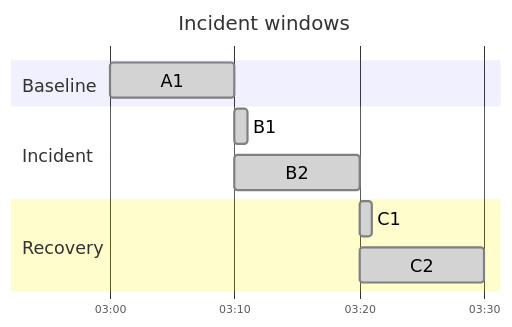
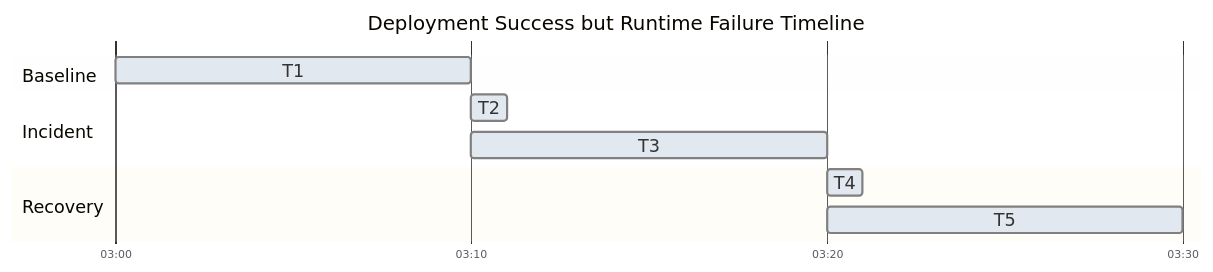
One commit to yeongseon/azure-functions-practical-guide changed the second of 5 diagrams in docs/troubleshooting/lab-guides/deployment-not-running.md. Above: the diagram before and after it, drawn with Mermaid. The commit also changed other lines of this file and 1 other file, not shown here.

First line of the commit message:
docs(diagrams): improve gantt text legibility in both palettes

````diff
--- a/docs/troubleshooting/lab-guides/deployment-not-running.md
+++ b/docs/troubleshooting/lab-guides/deployment-not-running.md
@@ -151,18 +151,18 @@
 ```mermaid
-%%{init: {'gantt': {'useWidth': 460, 'leftPadding': 90, 'rightPadding': 30, 'fontSize': 16, 'sectionFontSize': 16, 'barHeight': 32, 'barGap': 10, 'topPadding': 55}, 'themeCSS': '.grid .tick text { font-size: 16px !important; }'}}%%
+%%{init: {"gantt":{"fontSize":16,"sectionFontSize":16,"leftPadding":95,"rightPadding":35,"barHeight":24,"barGap":10},"theme":"base","themeVariables":{"doneTaskBkgColor":"#e2e8f0","critBkgColor":"#fed7aa","taskBkgColor":"#e2e8f0"},"themeCSS":".grid .tick text{font-size:16px;fill:var(--md-default-fg-color);} .section{opacity:0;} .titleText{font-size:14px;fill:var(--md-default-fg-color);} .sectionTitle{fill:var(--md-default-fg-color);} .taskTextOutsideLeft,.taskTextOutsideRight{fill:var(--md-default-fg-color)!important;} .taskText{fill:#14202e!important;}"}}%%
 gantt
     accTitle: Historical walkthrough incident windows
     accDescr: Historical walkthrough model with baseline from 03:00 to 03:10, fault injection and evidence collection starting at 03:10, and fix and recovery verification starting at 03:20. The one-minute actions overlap ten-minute collection windows. These times and done markers are not a new execution or evidence for the NOT_RUN Golden scenario.
-    title Incident windows
+    title Deployment Success but Runtime Failure Timeline
     dateFormat  HH:mm
     axisFormat  %H:%M
     tickInterval 10minute
     section Baseline
-    A1                                 :done, a1, 03:00, 10m
+    T1                                 :done, a1, 03:00, 10m
     section Incident
-    B1                                 :done, b1, 03:10, 1m
-    B2                                 :done, b2, 03:10, 10m
+    T2                                 :done, b1, 03:10, 1m
+    T3                                 :done, b2, 03:10, 10m
     section Recovery
-    C1                                 :done, c1, 03:20, 1m
-    C2                                 :done, c2, 03:20, 10m
+    T4                                 :done, c1, 03:20, 1m
+    T5                                 :done, c2, 03:20, 10m
 ```
````
